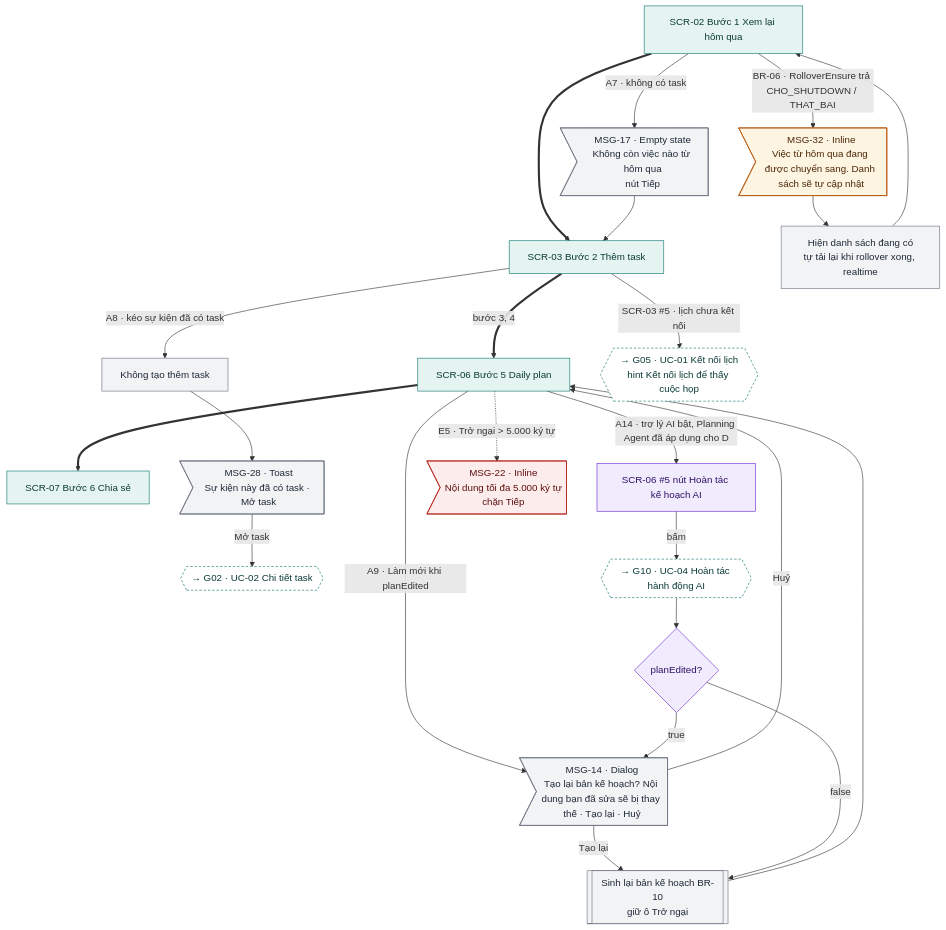
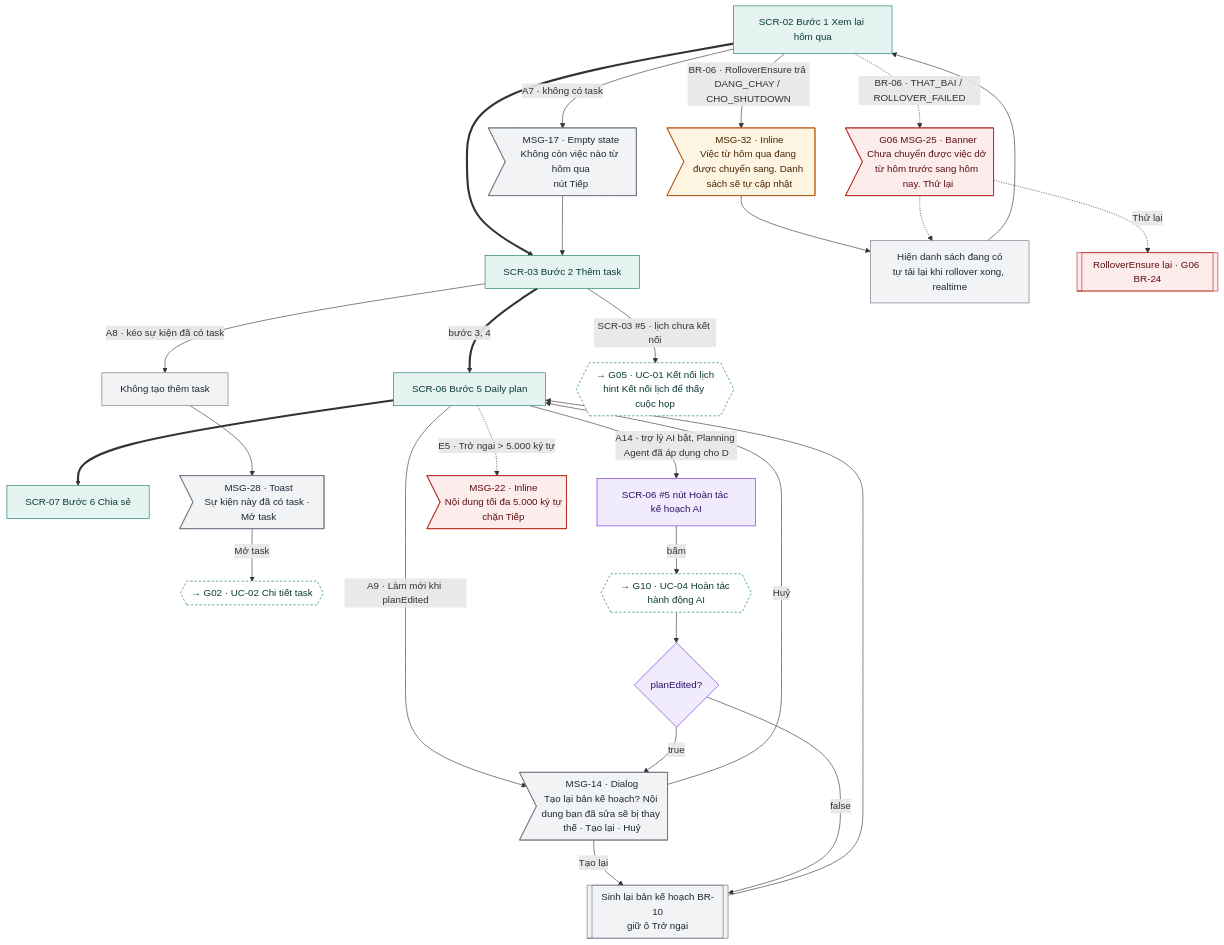
Before and after one commit to tannguyenho/personal-app: the fifth of 17 diagrams in docs/design-brief/flow/g08-daily-rituals.md, drawn with Mermaid. The commit also changed other lines of this file and 7 other files, not shown here.

````diff
--- a/docs/design-brief/flow/g08-daily-rituals.md
+++ b/docs/design-brief/flow/g08-daily-rituals.md
@@ -192,45 +192,49 @@
 ```mermaid
 flowchart TD
   s1["SCR-02 Bước 1 Xem lại hôm qua"]
   s2["SCR-03 Bước 2 Thêm task"]
   s5["SCR-06 Bước 5 Daily plan"]
   s6["SCR-07 Bước 6 Chia sẻ"]
   s1 ==> s2 ==>|"bước 3, 4"| s5 ==> s6
 
-  s1 -->|"BR-06 · RolloverEnsure trả CHO_SHUTDOWN / THAT_BAI"| b6m>"MSG-32 · Inline<br/>Việc từ hôm qua đang được chuyển sang. Danh sách sẽ tự cập nhật"]
+  s1 -->|"BR-06 · RolloverEnsure trả DANG_CHAY / CHO_SHUTDOWN"| b6m>"MSG-32 · Inline<br/>Việc từ hôm qua đang được chuyển sang. Danh sách sẽ tự cập nhật"]
   b6m --> b6["Hiện danh sách đang có<br/>tự tải lại khi rollover xong, realtime"]
+  s1 -.->|"BR-06 · THAT_BAI / ROLLOVER_FAILED"| b6f>"G06 MSG-25 · Banner<br/>Chưa chuyển được việc dở từ hôm trước sang hôm nay. Thử lại"]
+  b6f -.->|"Thử lại"| b6r[["RolloverEnsure lại · G06 BR-24"]]
+  b6f -.-> b6
   b6 --> s1
   s1 -->|"A7 · không có task"| a7m>"MSG-17 · Empty state<br/>Không còn việc nào từ hôm qua<br/>nút Tiếp"]
   a7m --> s2
   s2 -->|"A8 · kéo sự kiện đã có task"| a8["Không tạo thêm task"]
   a8 --> a8m>"MSG-28 · Toast<br/>Sự kiện này đã có task · Mở task"]
   a8m -->|"Mở task"| a8x{{"→ G02 · UC-02 Chi tiết task"}}
   s2 -->|"SCR-03 #5 · lịch chưa kết nối"| h5{{"→ G05 · UC-01 Kết nối lịch<br/>hint Kết nối lịch để thấy cuộc họp"}}
   s5 -->|"A9 · Làm mới khi planEdited"| a9m>"MSG-14 · Dialog<br/>Tạo lại bản kế hoạch? Nội dung bạn đã sửa sẽ bị thay thế · Tạo lại · Huỷ"]
   a9m -->|"Tạo lại"| a9r[["Sinh lại bản kế hoạch BR-10<br/>giữ ô Trở ngại"]]
   a9r --> s5
   a9m -->|"Huỷ"| s5
   s5 -->|"A14 · trợ lý AI bật, Planning Agent đã áp dụng cho D"| a14["SCR-06 #5 nút Hoàn tác kế hoạch AI"]
   a14 -->|"bấm"| a14x{{"→ G10 · UC-04 Hoàn tác hành động AI"}}
   a14x --> d14{"planEdited?"}
   d14 -->|"false"| a9r
   d14 -->|"true"| a9m
 
   s5 -.->|"E5 · Trở ngại > 5.000 ký tự"| e5m>"MSG-22 · Inline<br/>Nội dung tối đa 5.000 ký tự<br/>chặn Tiếp"]
 
   class s1,s2,s5,s6 happy
+  class b6f,b6r err
   class b6,a7m,a8,a8m,a9m,a9r alt
   class b6m warn
   class a14,d14 ai
   class a8x,h5,a14x link
   class e5m err
   classDef happy fill:#E6F4F1,stroke:#0F766E,color:#0B3B36
   classDef alt fill:#F1F3F5,stroke:#6B7280,color:#1F2937
   classDef err fill:#FDECEC,stroke:#B42318,color:#5C1010
   classDef warn fill:#FEF4E2,stroke:#B45309,color:#4A2604
   classDef ai fill:#F1ECFD,stroke:#6D28D9,color:#2E1065
   classDef sync fill:#FFFFFF,stroke:#6B7280,stroke-dasharray:4 3,color:#1F2937
   classDef link fill:#FFFFFF,stroke:#0F766E,stroke-dasharray:4 3,color:#0B3B36
   classDef done fill:#E6F4F1,stroke:#0F766E,stroke-width:3px,color:#0B3B36
   classDef fail fill:#FDECEC,stroke:#B42318,stroke-width:3px,color:#5C1010
 ```
````
